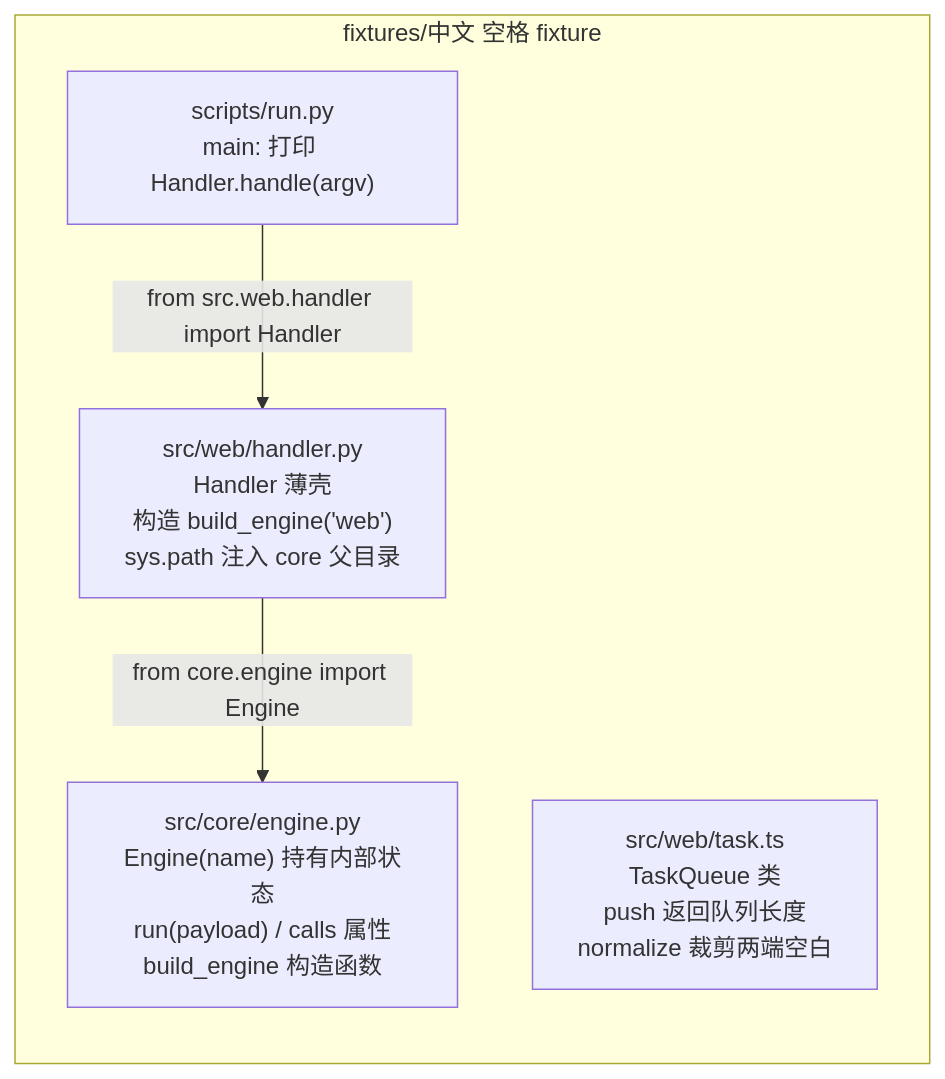
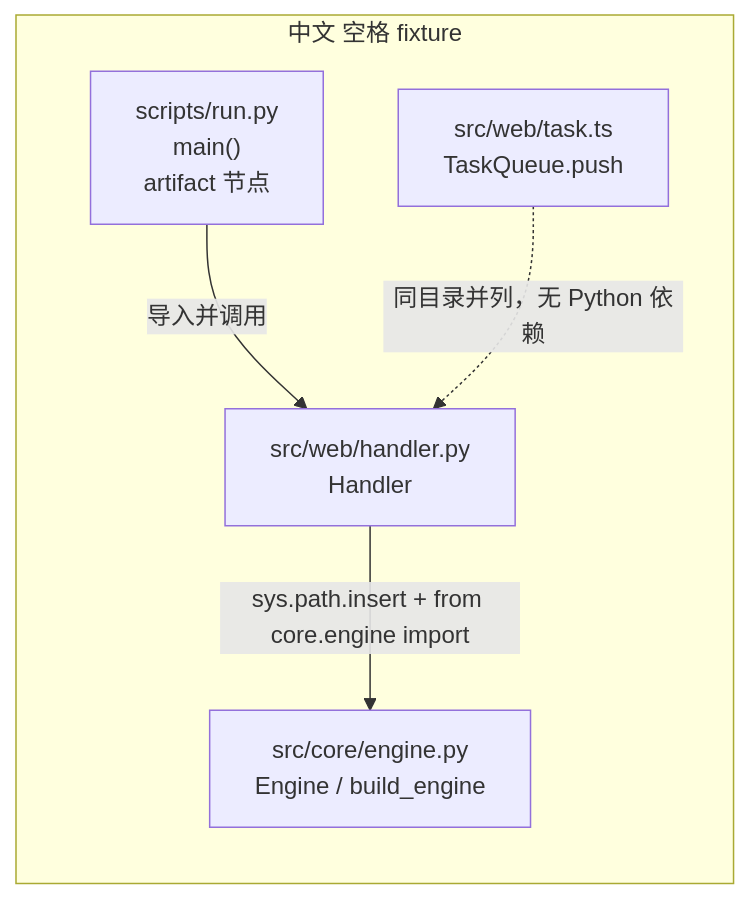
One commit to ikliml666/dsh-codewiki changed the third of 4 diagrams in .codewiki/_native-state/docs/test_fixtures_and_probes.md. Above: the diagram before and after it, drawn with Mermaid. The commit also changed other lines of this file and 88 other files, not shown here.

````diff
--- a/.codewiki/_native-state/docs/test_fixtures_and_probes.md
+++ b/.codewiki/_native-state/docs/test_fixtures_and_probes.md
@@ -101,12 +146,14 @@
 ```mermaid
 flowchart LR
-  subgraph FIX["fixtures/中文 空格 fixture"]
-    direction TB
-    ENGP["src/core/engine.py<br/>Engine(name) 持有内部状态<br/>run(payload) / calls 属性<br/>build_engine 构造函数"]
-    HND["src/web/handler.py<br/>Handler 薄壳<br/>构造 build_engine('web')<br/>sys.path 注入 core 父目录"]
-    TSK["src/web/task.ts<br/>TaskQueue 类<br/>push 返回队列长度<br/>normalize 裁剪两端空白"]
-    RUN["scripts/run.py<br/>main: 打印 Handler.handle(argv)"]
-  end
-  HND -- "from core.engine import Engine" --> ENGP
-  RUN -- "from src.web.handler import Handler" --> HND
+    subgraph 中文 空格 fixture
+        direction TB
+        RUN["scripts/run.py<br/>main()<br/>artifact 节点"]
+        HANDLER["src/web/handler.py<br/>Handler"]
+        ENGINE["src/core/engine.py<br/>Engine / build_engine"]
+        TASK["src/web/task.ts<br/>TaskQueue.push"]
+    end
+
+    RUN -->|"导入并调用"| HANDLER
+    HANDLER -->|"sys.path.insert + from core.engine import"| ENGINE
+    TASK -.->|"同目录并列，无 Python 依赖"| HANDLER
 ```
````
